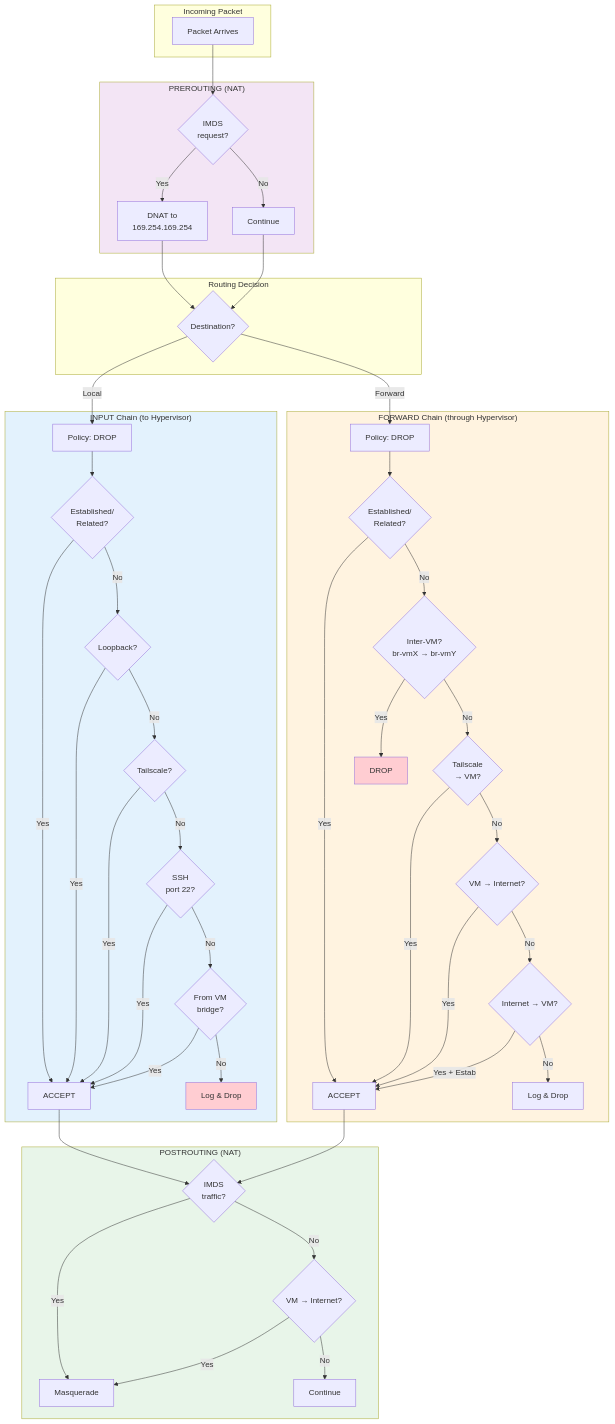
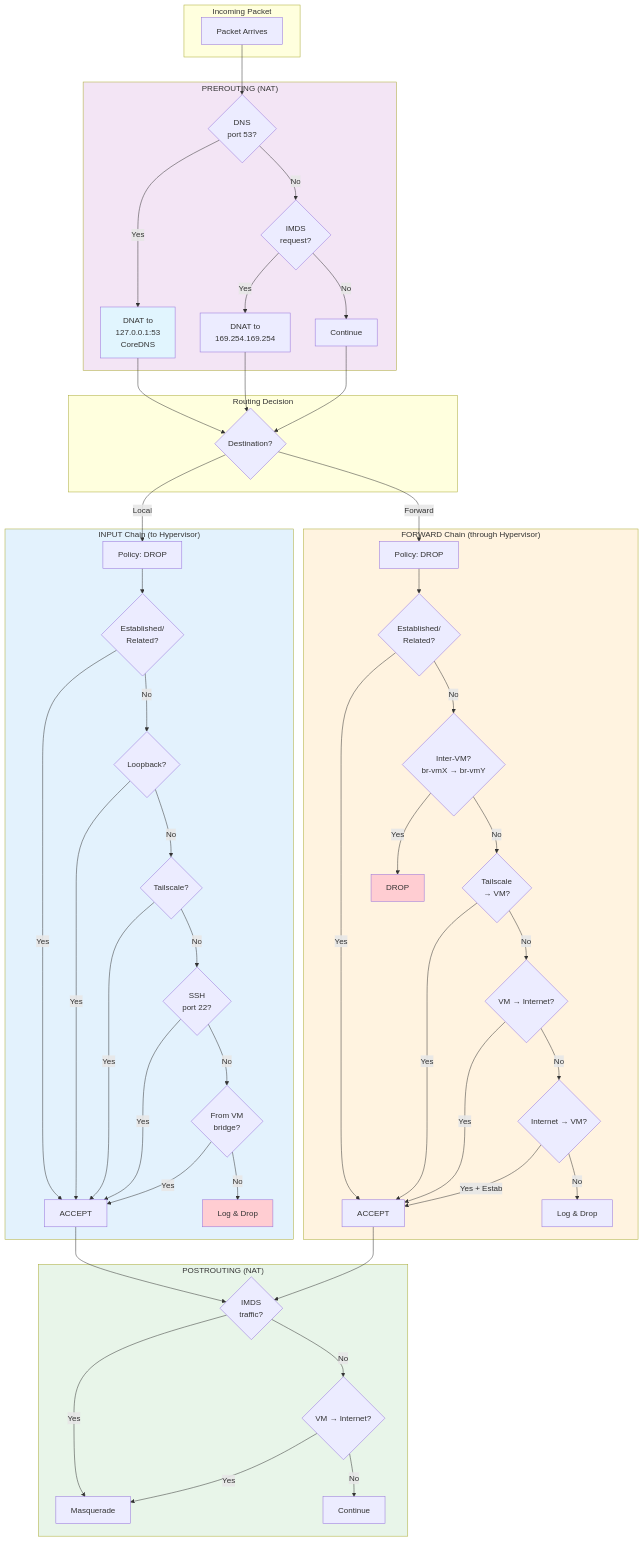
The tenth of 15 diagrams in NETWORK-TOPOLOGY.md (r33drichards/simple-microvm-infra), drawn with Mermaid before and after one commit. The commit also changed other lines of this file, not shown here.

````diff
--- a/NETWORK-TOPOLOGY.md
+++ b/NETWORK-TOPOLOGY.md
@@ -246,6 +514,8 @@
     end
 
     subgraph NAT_Pre["PREROUTING (NAT)"]
+        PRE_DNS{DNS<br/>port 53?}
+        PRE_DNS_DNAT[DNAT to<br/>127.0.0.1:53<br/>CoreDNS]
         PRE_IMDS{IMDS<br/>request?}
         PRE_DNAT[DNAT to<br/>169.254.169.254]
         PRE_CONTINUE[Continue]
@@ -258,7 +528,10 @@
         POST_CONTINUE[Continue]
     end
 
-    PKT --> PRE_IMDS
+    PKT --> PRE_DNS
+    PRE_DNS -->|Yes| PRE_DNS_DNAT
+    PRE_DNS -->|No| PRE_IMDS
+    PRE_DNS_DNAT --> ROUTE
     PRE_IMDS -->|Yes| PRE_DNAT
     PRE_IMDS -->|No| PRE_CONTINUE
     PRE_DNAT --> ROUTE
@@ -305,4 +578,5 @@
     style NAT_Post fill:#e8f5e9
     style FWD_DROP fill:#ffcdd2
     style INPUT_LOG fill:#ffcdd2
+    style PRE_DNS_DNAT fill:#e1f5fe
 ```
````
